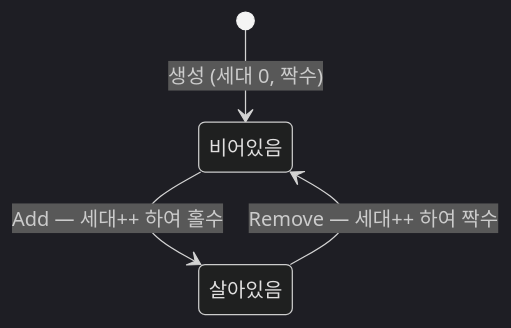
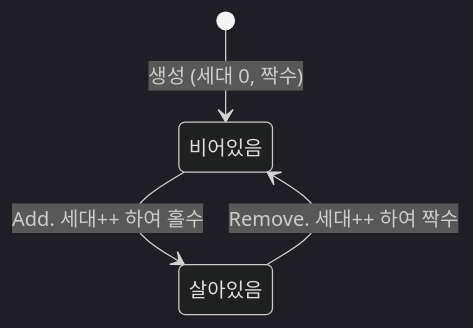
One commit to SeoBYP/FreeList changed the second of 2 diagrams in docs/설계-노트.md. Above: the diagram before and after it, drawn with Mermaid (dark theme). The commit also changed other lines of this file and 3 other files, not shown here.

````diff
--- a/docs/설계-노트.md
+++ b/docs/설계-노트.md
@@ -44,6 +46,6 @@
 ```mermaid
 stateDiagram-v2
     [*] --> 비어있음 : 생성 (세대 0, 짝수)
-    비어있음 --> 살아있음 : Add — 세대++ 하여 홀수
-    살아있음 --> 비어있음 : Remove — 세대++ 하여 짝수
+    비어있음 --> 살아있음 : Add. 세대++ 하여 홀수
+    살아있음 --> 비어있음 : Remove. 세대++ 하여 짝수
 ```
````
